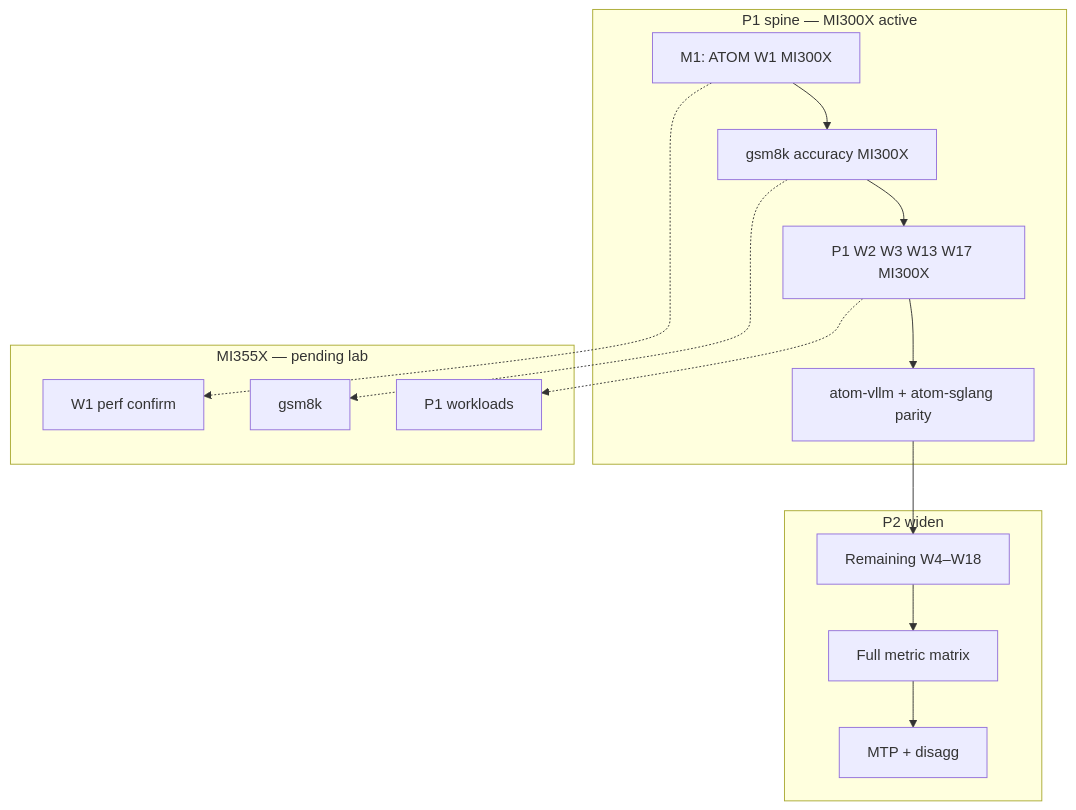
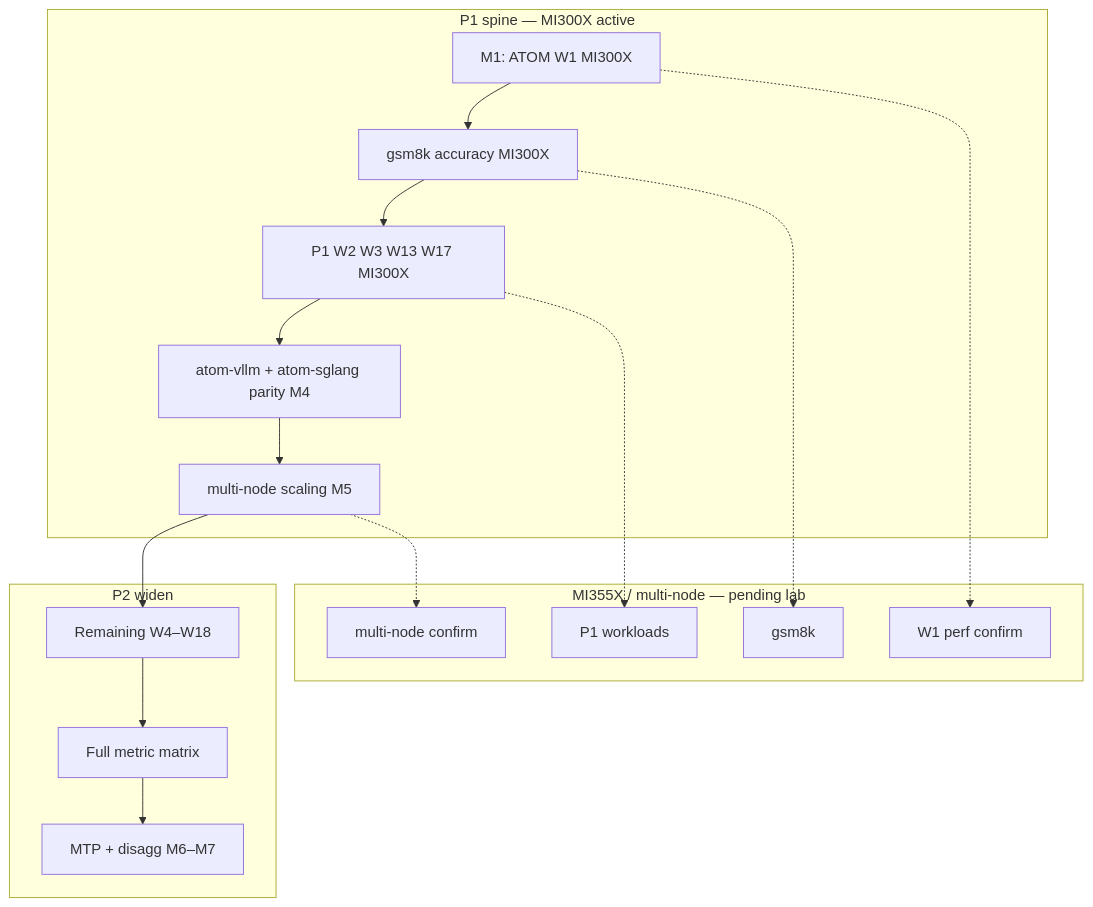
Before and after one commit to ROCm/cvs: the eighth of 8 diagrams in plans/inferencex-atom-cvs-automation-plan.md, drawn with Mermaid. The commit also changed other lines of this file, not shown here.

First line of the commit message:
docs(plan): prioritize multi-node as M5 after framework parity

````diff
--- a/plans/inferencex-atom-cvs-automation-plan.md
+++ b/plans/inferencex-atom-cvs-automation-plan.md
@@ -989,24 +1038,27 @@
 ```mermaid
 flowchart TB
   subgraph spine["P1 spine — MI300X active"]
     S1["M1: ATOM W1 MI300X"]
     S2["gsm8k accuracy MI300X"]
     S3["P1 W2 W3 W13 W17 MI300X"]
-    S4["atom-vllm + atom-sglang parity"]
+    S4["atom-vllm + atom-sglang parity M4"]
+    S5["multi-node scaling M5"]
   end
-  subgraph pending["MI355X — pending lab"]
+  subgraph pending["MI355X / multi-node — pending lab"]
     P1["W1 perf confirm"]
     P2["gsm8k"]
     P3["P1 workloads"]
+    P4["multi-node confirm"]
   end
   subgraph widen["P2 widen"]
     W1["Remaining W4–W18"]
     W2["Full metric matrix"]
-    W3["MTP + disagg"]
+    W3["MTP + disagg M6–M7"]
   end
-  S1 --> S2 --> S3 --> S4
-  S4 --> W1 --> W2 --> W3
+  S1 --> S2 --> S3 --> S4 --> S5
+  S5 --> W1 --> W2 --> W3
   S1 -.-> P1
   S2 -.-> P2
   S3 -.-> P3
+  S5 -.-> P4
 ```
````
